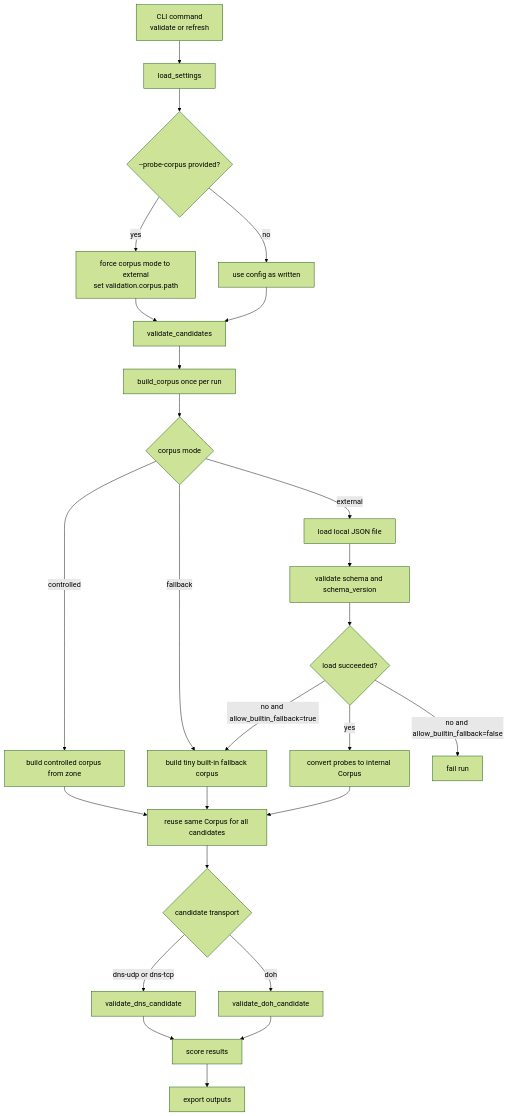
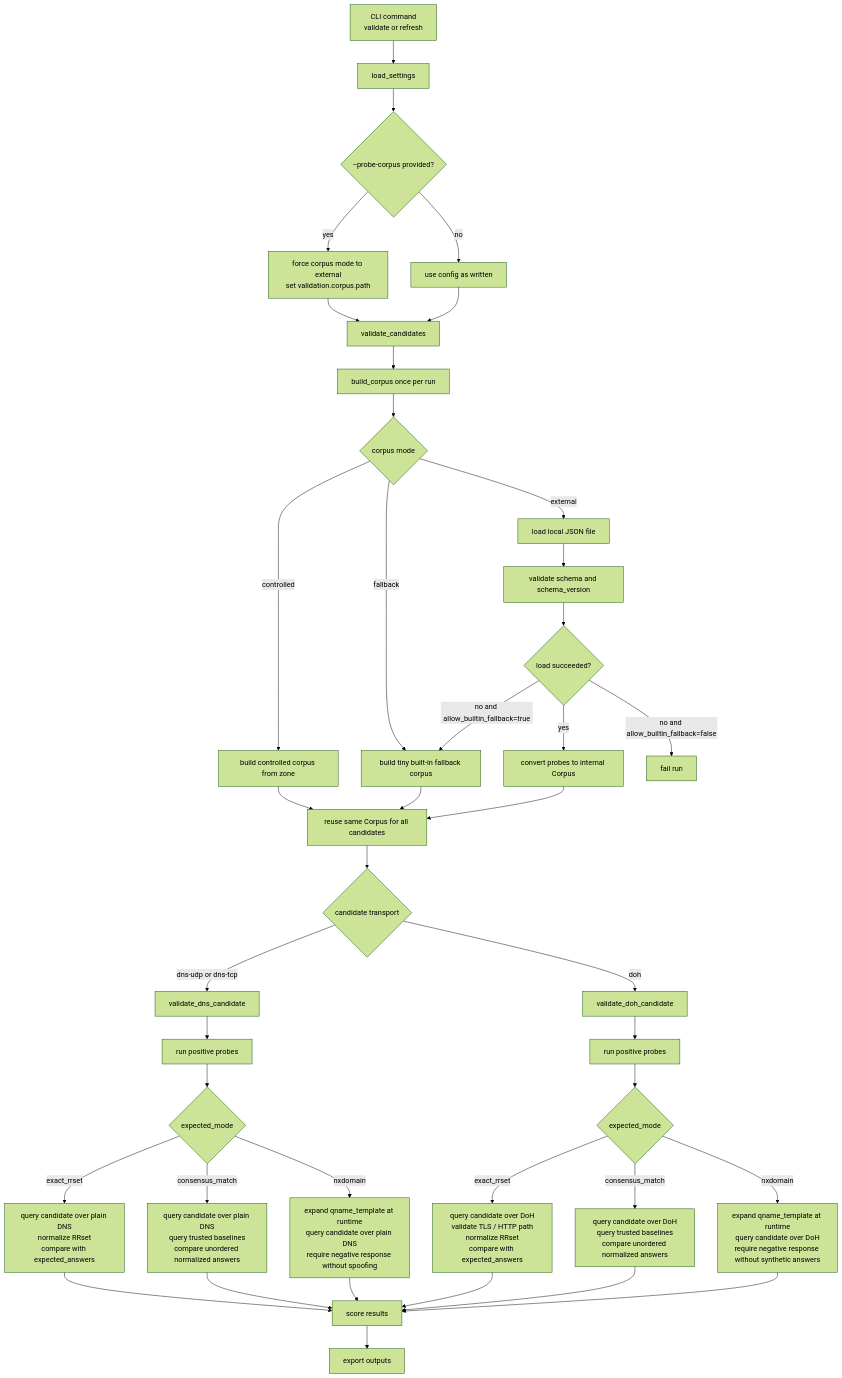
Before and after one commit to disposable/public-dns-crawler: the diagram in README.md, drawn with Mermaid (forest theme). The commit also changed other lines of this file, not shown here.

````diff
--- a/README.md
+++ b/README.md
@@ -164,28 +164,45 @@
 ```mermaid
 flowchart TD
     A[CLI command<br/>validate or refresh] --> B[load_settings]
     B --> C{--probe-corpus provided?}
     C -->|yes| D[force corpus mode to external<br/>set validation.corpus.path]
     C -->|no| E[use config as written]
     D --> F[validate_candidates]
     E --> F
     F --> G[build_corpus once per run]
     G --> H{corpus mode}
     H -->|controlled| I[build controlled corpus from zone]
     H -->|external| J[load local JSON file]
     H -->|fallback| K[build tiny built-in fallback corpus]
     J --> L[validate schema and schema_version]
     L --> M{load succeeded?}
     M -->|yes| N[convert probes to internal Corpus]
     M -->|no and allow_builtin_fallback=true| K
     M -->|no and allow_builtin_fallback=false| O[fail run]
     I --> P[reuse same Corpus for all candidates]
     K --> P
     N --> P
     P --> Q{candidate transport}
     Q -->|dns-udp or dns-tcp| R[validate_dns_candidate]
     Q -->|doh| S[validate_doh_candidate]
-    R --> T[score results]
-    S --> T
+
+    R --> R1[run positive probes]
+    R1 --> R2{expected_mode}
+    R2 -->|exact_rrset| R3[query candidate over plain DNS<br/>normalize RRset<br/>compare with expected_answers]
+    R2 -->|consensus_match| R4[query candidate over plain DNS<br/>query trusted baselines<br/>compare unordered normalized answers]
+    R2 -->|nxdomain| R5[expand qname_template at runtime<br/>query candidate over plain DNS<br/>require negative response without spoofing]
+    R3 --> T[score results]
+    R4 --> T
+    R5 --> T
+
+    S --> S1[run positive probes]
+    S1 --> S2{expected_mode}
+    S2 -->|exact_rrset| S3[query candidate over DoH<br/>validate TLS / HTTP path<br/>normalize RRset<br/>compare with expected_answers]
+    S2 -->|consensus_match| S4[query candidate over DoH<br/>query trusted baselines<br/>compare unordered normalized answers]
+    S2 -->|nxdomain| S5[expand qname_template at runtime<br/>query candidate over DoH<br/>require negative response without synthetic answers]
+    S3 --> T
+    S4 --> T
+    S5 --> T
+
     T --> U[export outputs]
 ```
````
